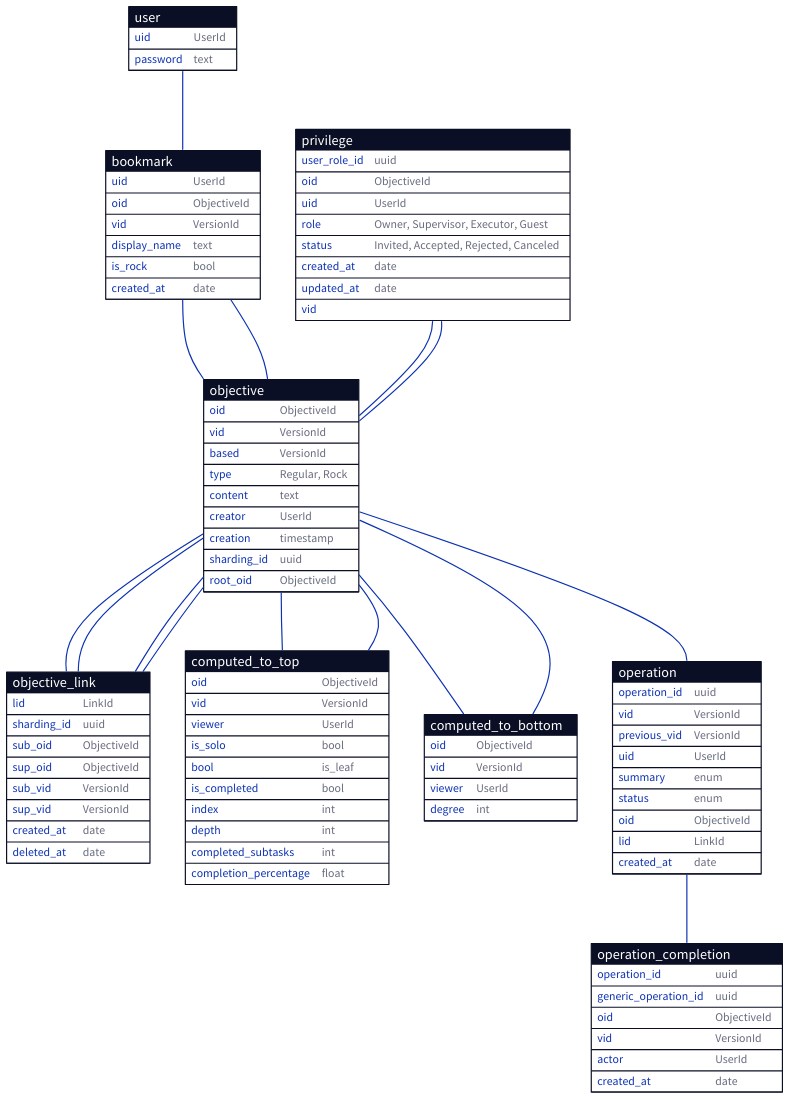
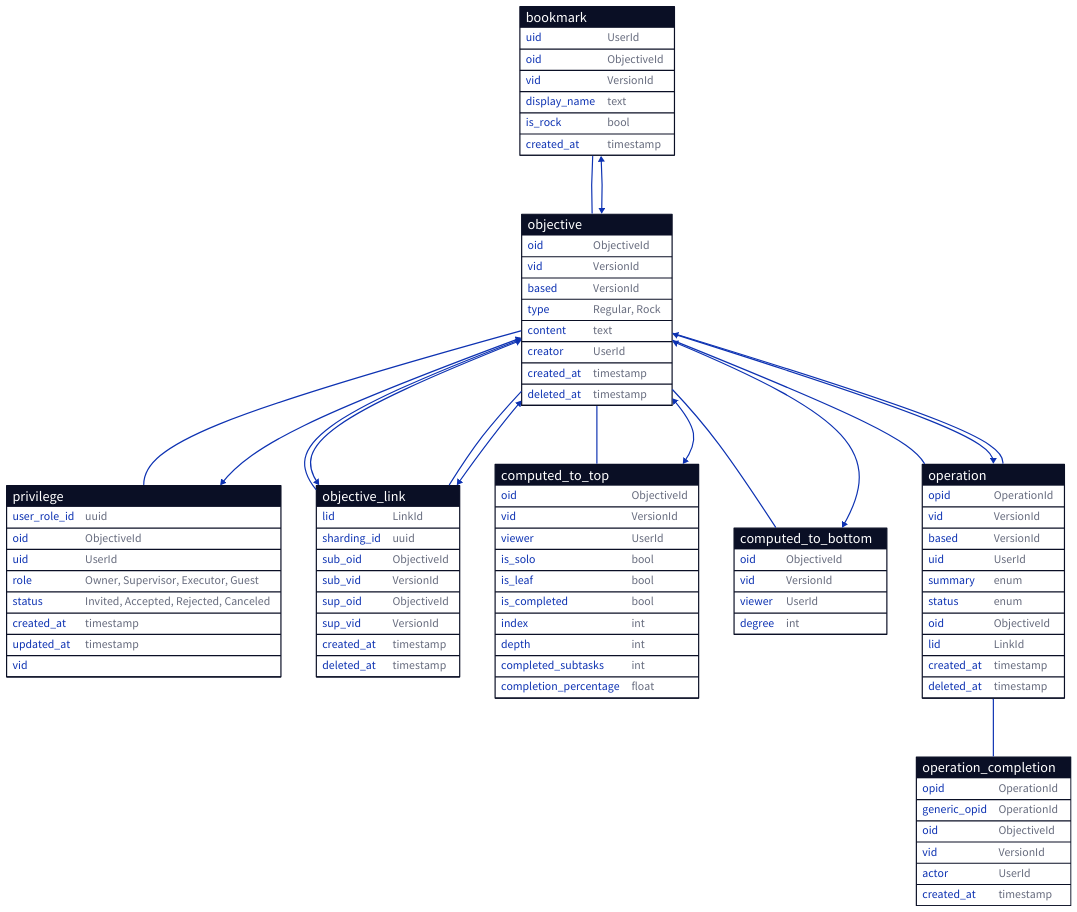
The diagram in docs/database/simplified.d2 (ufukty/logbook), drawn with D2 before and after one commit. The commit also changed 1 other file, not shown here.

Commit message:
docs/database: cleans some outdated columns, adjust layout to increase density of diagram

```diff
--- a/docs/database/simplified.d2
+++ b/docs/database/simplified.d2
@@ -1,148 +1,139 @@
-user: {
-  shape: sql_table
-
-  uid: UserId
-  password: text
-}
-
-user -- bookmark
-
 bookmark: {
   shape: sql_table
 
   uid: UserId
   oid: ObjectiveId
   vid: VersionId
   display_name: text
   is_rock: bool # rocks are hidden in the UI
-  created_at: date
+  created_at: timestamp
 }
 
 privilege: {
   shape: sql_table
 
   user_role_id: uuid
   oid: ObjectiveId
   uid: UserId
   role: "Owner, Supervisor, Executor, Guest"
   status: "Invited, Accepted, Rejected, Canceled"
-  created_at: date
-  updated_at: date
+  created_at: timestamp
+  updated_at: timestamp
 }
 
 objective: {
   shape: sql_table
 
   oid: ObjectiveId
   vid: VersionId
   based: VersionId
   type: "Regular, Rock"
   content: text
   creator: UserId
-  creation: timestamp
-
-  # "Inherit: super obj, randomize else" 
-  sharding_id: uuid
-  # "Needed: for sharding." 
-  root_oid: ObjectiveId
+  created_at: timestamp
+  deleted_at: timestamp
 }
 
 # recalculate every link on a tree when new viewer come" ?
 objective_link: {
   shape: sql_table
 
   lid: LinkId
 
   # "Inherit: super obj, randomize otherwise" 
   sharding_id: uuid
 
   sub_oid: ObjectiveId
+  sub_vid: VersionId
   sup_oid: ObjectiveId
-  sub_vid: VersionId
   sup_vid: VersionId
 
-  created_at: date
-  deleted_at: date
+  created_at: timestamp
+  deleted_at: timestamp
 }
-
-objective.oid -- objective_link.sup_oid
-objective.oid -- objective_link.sub_oid
-objective.vid -- objective_link.sup_vid
-objective.vid -- objective_link.sub_vid
-
-# a bookmark points to a root node of a work tree
-bookmark.oid -- objective.oid
-bookmark.vid -- objective.vid
-
-# Any task with custom privilege hand.can have owner/viewers/executors
-privilege.oid -- objective.oid
-privilege.vid -- objective.vid
 
 computed_to_top: {
   shape: sql_table
 
   oid: ObjectiveId
   vid: VersionId
   viewer: UserId
 
   is_solo: bool
-  bool: is_leaf
-  # "for: leaf" 
+  is_leaf: bool
   is_completed: bool
 
   # "inherited: from inviter on task creation." 
   index: int
   depth: int
   # "changes: for each user. divide with degree to find completion_percentage" 
   completed_subtasks: int
   # "changes: for each user. not the same with objective.is_completed" 
   completion_percentage: float
 }
 
 computed_to_bottom: {
   shape: sql_table
 
   oid: ObjectiveId
   vid: VersionId
   viewer: UserId
 
   degree: int
 }
 
-objective.oid -- computed_to_top.oid
-objective.vid -- computed_to_top.vid
-
-objective.oid -- computed_to_bottom.oid
-objective.vid -- computed_to_bottom.vid
-
 operation: {
   shape: sql_table
 
-  operation_id: uuid
+  opid: OperationId
   vid: VersionId
-  previous_vid: VersionId
+  based: VersionId
 
   uid: UserId
   summary: enum
   status: enum
 
   oid: ObjectiveId
   lid: LinkId
 
-  created_at: date
+  created_at: timestamp
+  deleted_at: timestamp
 }
 
 operation_completion: {
   shape: sql_table
 
-  operation_id: uuid
-  generic_operation_id: uuid
+  opid: OperationId
+  generic_opid: OperationId
   oid: ObjectiveId
   vid: VersionId
   actor: UserId
-  created_at: date
+  created_at: timestamp
 }
 
-operation -- operation_completion
+# a bookmark points to a root node of a work tree
+bookmark.oid -- objective.oid
+bookmark.vid <-> objective.vid
 
-objective -- operation
+# Any task with custom privilege hand.can have owner/viewers/executors
+objective.oid -- privilege.oid
+objective.vid <-> privilege.vid
+
+objective.oid -- objective_link.sup_oid
+objective.vid <-> objective_link.sup_vid
+
+objective.oid -- objective_link.sub_oid
+objective.vid <-> objective_link.sub_vid
+
+objective.oid -- operation.oid
+objective.vid <-> operation.vid
+
+objective.oid -- computed_to_top.oid
+objective.vid <-> computed_to_top.vid
+
+objective.oid -- computed_to_bottom.oid
+objective.vid <-> computed_to_bottom.vid
+
+operation.opid -- operation_completion.opid
+
+objective.oid -- operation.oid
```
